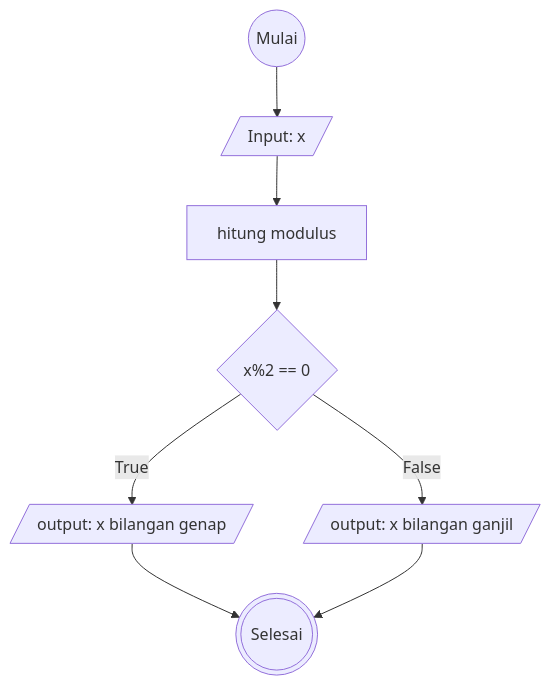
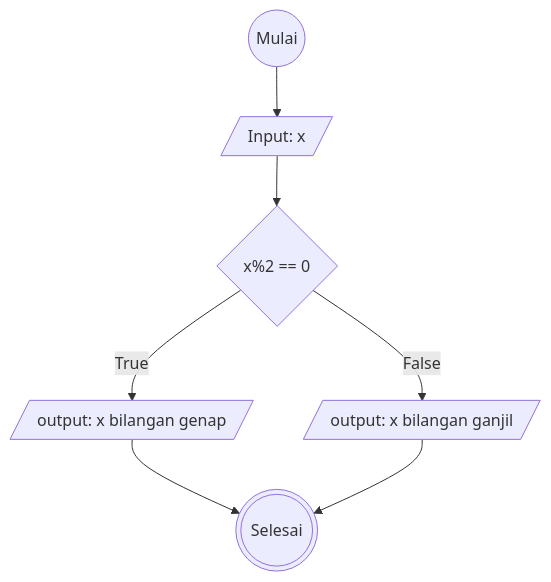
The diagram in flowchart-ganjil-genap.md (mslthn/koda-b6-algoritma), drawn with Mermaid before and after one commit.

````diff
--- a/flowchart-ganjil-genap.md
+++ b/flowchart-ganjil-genap.md
@@ -1,14 +1,13 @@
 ```mermaid
 flowchart TD
     mulai@{ shape: circ, label: "Mulai"}
     input@{ shape: lean-r, label: "Input: x"}
     ifG@{ shape: diamond, label: "x%2 == 0"}
     ganjil@{ shape: lean-r, label: "output: x bilangan ganjil"}
     genap@{ shape: lean-r, label: "output: x bilangan genap"}
     selesai@{ shape: dbl-circ, label: "Selesai"}
-    proses@{ shape: rect, label: "hitung modulus"}
-
-mulai-->input-->proses-->ifG
+    
+mulai-->input-->ifG
 ifG-->|True| genap-->selesai
 ifG-->|False| ganjil-->selesai
 ```
````
